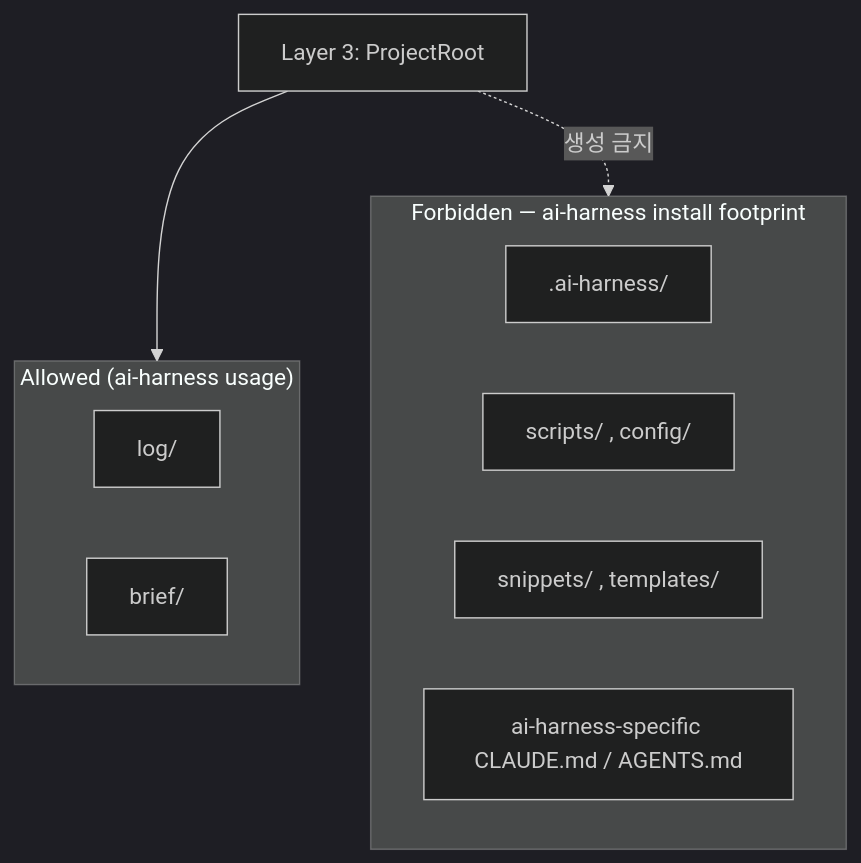
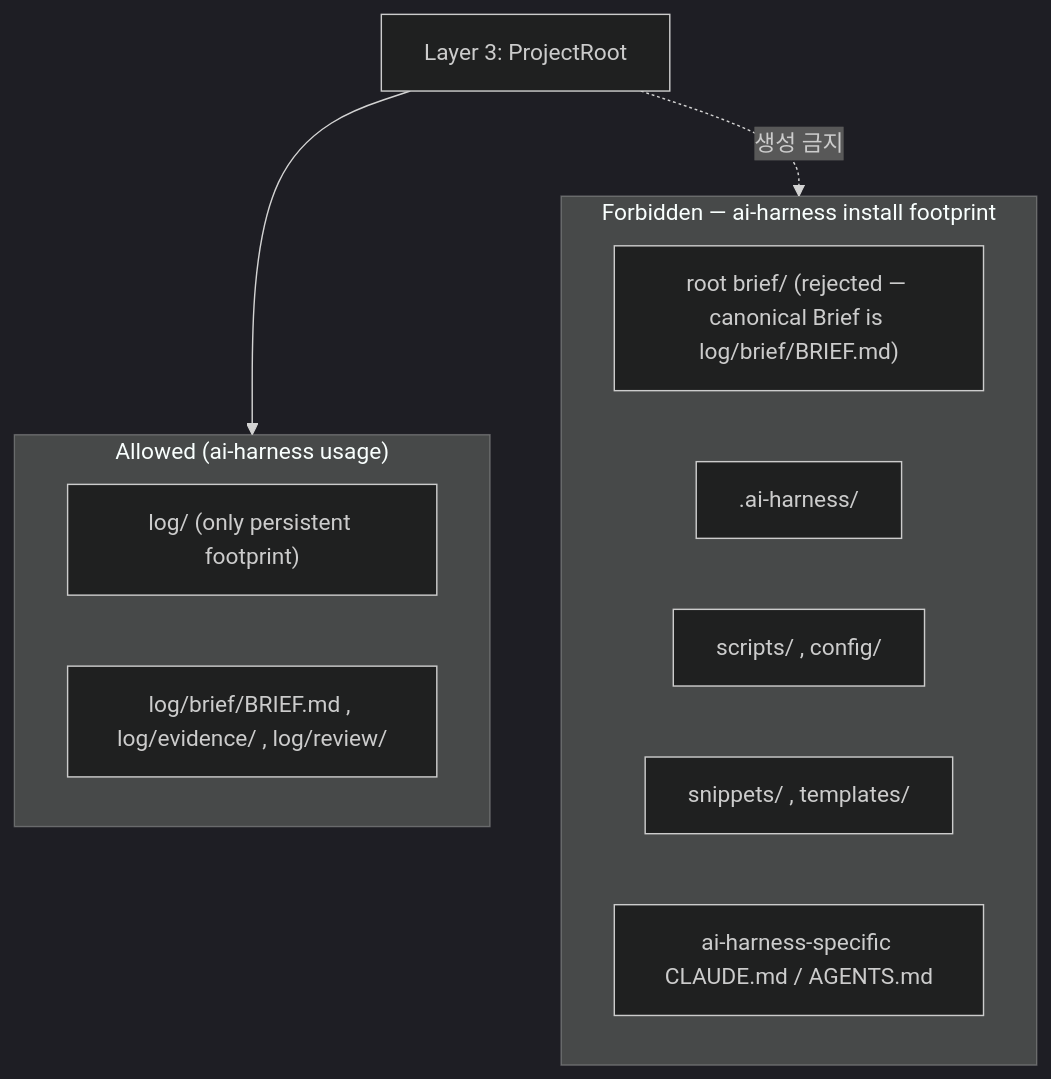
One commit to yunsuck5/ai-harness-toolset changed the fourth of 6 diagrams in docs/systems/install-update/GLOBAL_INSTALL_UPDATE_MODEL.md. Above: the diagram before and after it, drawn with Mermaid (dark theme). The commit also changed other lines of this file and 38 other files, not shown here.

````diff
--- a/docs/systems/install-update/GLOBAL_INSTALL_UPDATE_MODEL.md
+++ b/docs/systems/install-update/GLOBAL_INSTALL_UPDATE_MODEL.md
@@ -533,16 +533,17 @@
 ```mermaid
 graph TD
     PR["Layer 3: ProjectRoot"]
     subgraph allowed["Allowed (ai-harness usage)"]
-        A1["log/"]
-        A2["brief/"]
+        A1["log/ (only persistent footprint)"]
+        A2["log/brief/BRIEF.md , log/evidence/ , log/review/"]
     end
     subgraph forbidden["Forbidden — ai-harness install footprint"]
+        F0["root brief/ (rejected — canonical Brief is log/brief/BRIEF.md)"]
         F1[".ai-harness/"]
         F2["scripts/ , config/"]
         F3["snippets/ , templates/"]
         F4["ai-harness-specific CLAUDE.md / AGENTS.md"]
     end
     PR --> allowed
     PR -.->|"생성 금지"| forbidden
 ```
````
